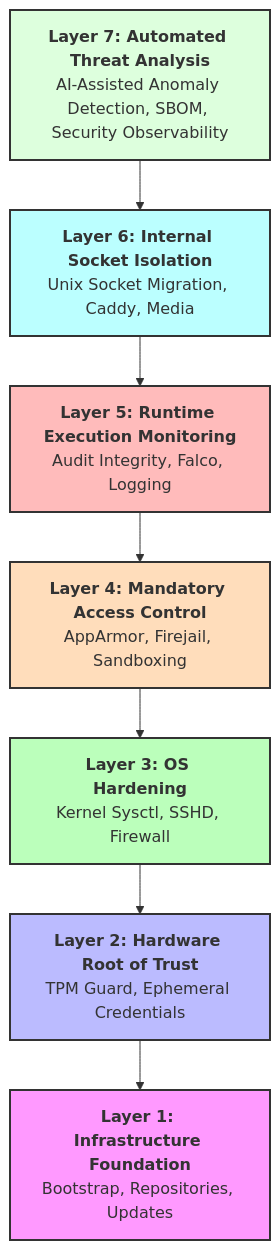
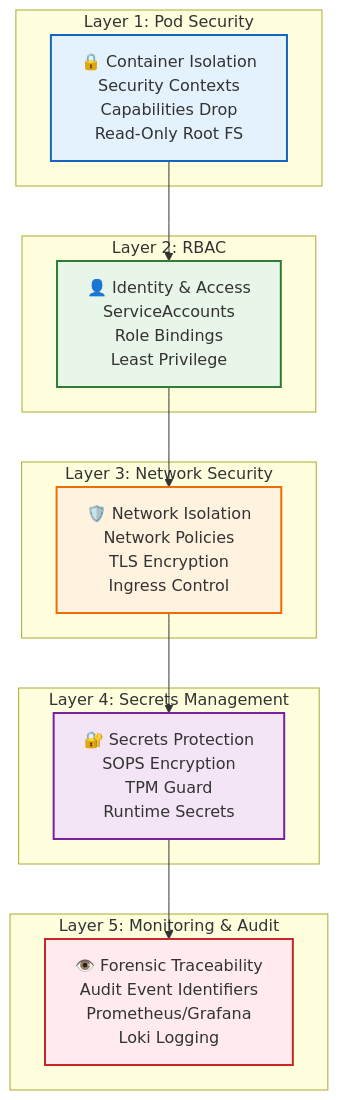
Before and after one commit to allaunthefox/deploy-system-unified: the diagram in wiki_pages/MODULAR_LAYERS.md, drawn with Mermaid. The commit also changed other lines of this file and 428 other files, not shown here.

````diff
--- a/wiki_pages/MODULAR_LAYERS.md
+++ b/wiki_pages/MODULAR_LAYERS.md
@@ -5,18 +11,33 @@
 ```mermaid
-graph TD
-    L7[<b>Layer 7: Automated Threat Analysis</b><br/>AI-Assisted Anomaly Detection, SBOM, Security Observability] --> L6
-    L6[<b>Layer 6: Internal Socket Isolation</b><br/>Unix Socket Migration, Caddy, Media] --> L5
-    L5[<b>Layer 5: Runtime Execution Monitoring</b><br/>Audit Integrity, Falco, Logging] --> L4
-    L4[<b>Layer 4: Mandatory Access Control</b><br/>AppArmor, Firejail, Sandboxing] --> L3
-    L3[<b>Layer 3: OS Hardening</b><br/>Kernel Sysctl, SSHD, Firewall] --> L2
-    L2[<b>Layer 2: Hardware Root of Trust</b><br/>TPM Guard, Ephemeral Credentials] --> L1
-    L1[<b>Layer 1: Infrastructure Foundation</b><br/>Bootstrap, Repositories, Updates]
-    
-    style L1 fill:#f9f,stroke:#333,stroke-width:2px
-    style L2 fill:#bbf,stroke:#333,stroke-width:2px
-    style L3 fill:#bfb,stroke:#333,stroke-width:2px
-    style L4 fill:#fdb,stroke:#333,stroke-width:2px
-    style L5 fill:#fbb,stroke:#333,stroke-width:2px
-    style L6 fill:#bff,stroke:#333,stroke-width:2px
-    style L7 fill:#dfd,stroke:#333,stroke-width:2px
+graph TB
+    subgraph "Layer 1: Pod Security"
+        L1["🔒 Container Isolation<br/>Security Contexts<br/>Capabilities Drop<br/>Read-Only Root FS"]
+    end
+
+    subgraph "Layer 2: RBAC"
+        L2["👤 Identity & Access<br/>ServiceAccounts<br/>Role Bindings<br/>Least Privilege"]
+    end
+
+    subgraph "Layer 3: Network Security"
+        L3["🛡️ Network Isolation<br/>Network Policies<br/>TLS Encryption<br/>Ingress Control"]
+    end
+
+    subgraph "Layer 4: Secrets Management"
+        L4["🔐 Secrets Protection<br/>SOPS Encryption<br/>TPM Guard<br/>Runtime Secrets"]
+    end
+
+    subgraph "Layer 5: Monitoring & Audit"
+        L5["👁️ Forensic Traceability<br/>Audit Event Identifiers<br/>Prometheus/Grafana<br/>Loki Logging"]
+    end
+
+    L1 --> L2
+    L2 --> L3
+    L3 --> L4
+    L4 --> L5
+
+    style L1 fill:#e3f2fd,stroke:#1565c0,stroke-width:2px
+    style L2 fill:#e8f5e9,stroke:#2e7d32,stroke-width:2px
+    style L3 fill:#fff3e0,stroke:#ef6c00,stroke-width:2px
+    style L4 fill:#f3e5f5,stroke:#7b1fa2,stroke-width:2px
+    style L5 fill:#ffebee,stroke:#c62828,stroke-width:2px
 ```
````
